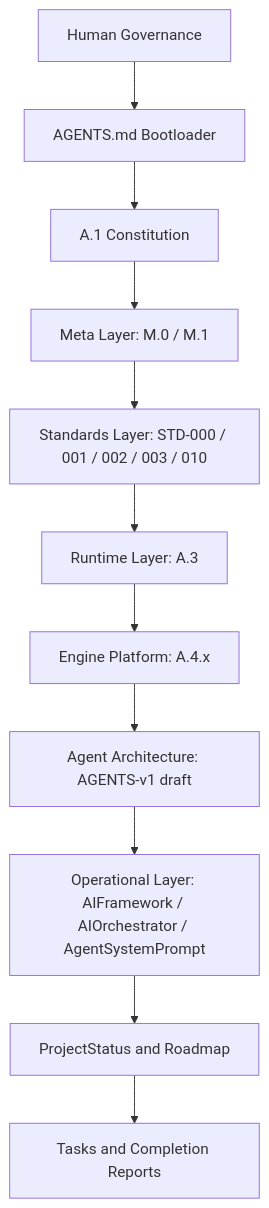
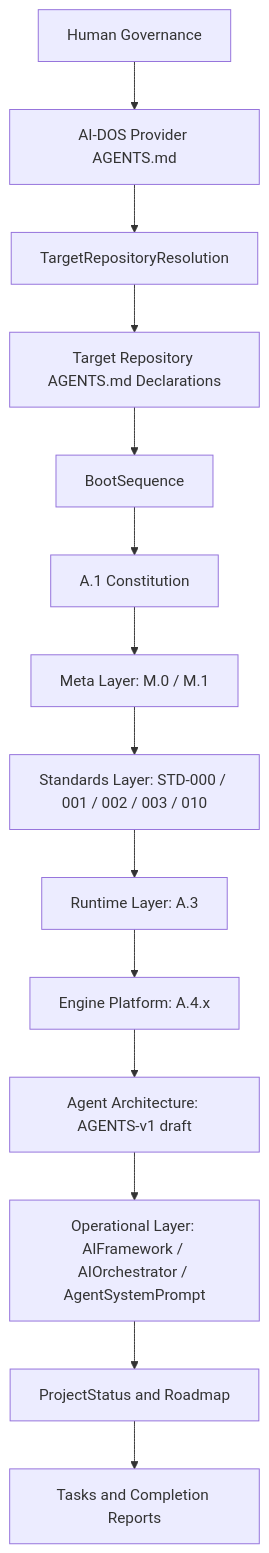
Before and after one commit to nrttns/forge-ai: the first of 11 diagrams in docs/AI/GOVERNANCE.md, drawn with Mermaid. The commit also changed other lines of this file and 6 other files, not shown here.

Commit message:
Align AI-DOS provider entry boundaries

````diff
--- a/docs/AI/GOVERNANCE.md
+++ b/docs/AI/GOVERNANCE.md
@@ -126,15 +128,18 @@
 ```mermaid
 flowchart TD
     H[Human Governance]
-    B[AGENTS.md Bootloader]
+    B[AI-DOS Provider AGENTS.md]
+    TRR[TargetRepositoryResolution]
+    BS[BootSequence]
+    TG[Target Repository AGENTS.md Declarations]
     C[A.1 Constitution]
     M[Meta Layer: M.0 / M.1]
     S[Standards Layer: STD-000 / 001 / 002 / 003 / 010]
     R[Runtime Layer: A.3]
     E[Engine Platform: A.4.x]
     A[Agent Architecture: AGENTS-v1 draft]
     O[Operational Layer: AIFramework / AIOrchestrator / AgentSystemPrompt]
     P[ProjectStatus and Roadmap]
     T[Tasks and Completion Reports]
-    H --> B --> C --> M --> S --> R --> E --> A --> O --> P --> T
+    H --> B --> TRR --> TG --> BS --> C --> M --> S --> R --> E --> A --> O --> P --> T
 ```
````
